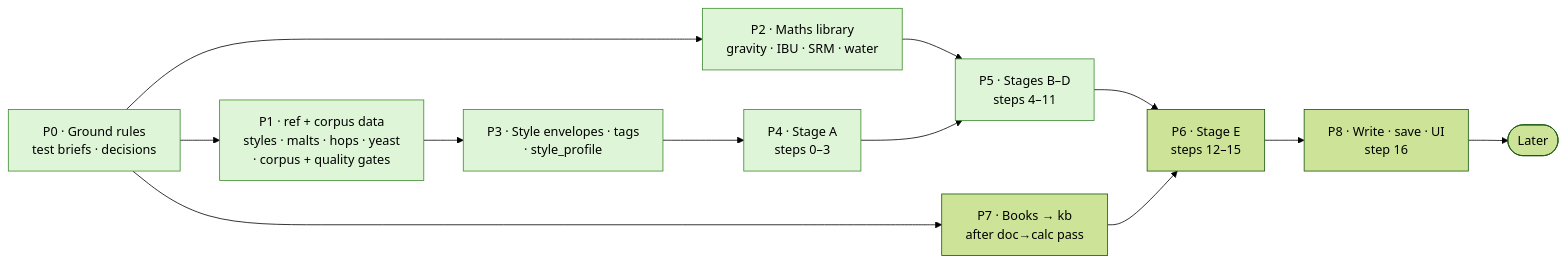
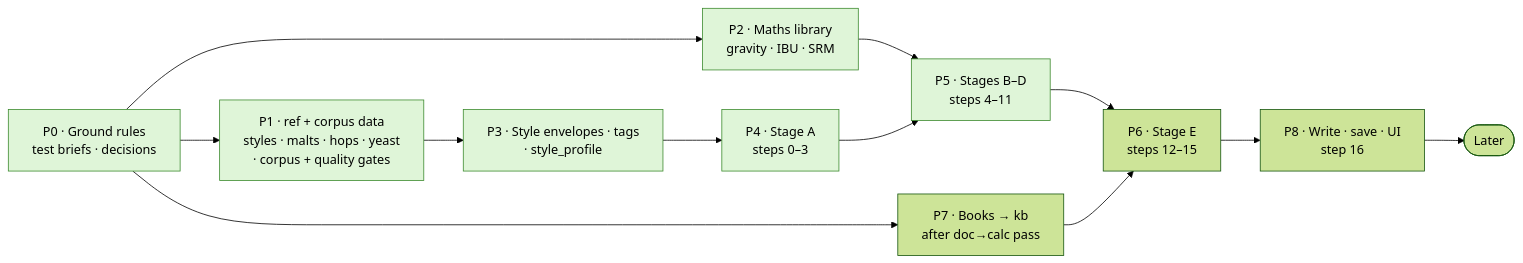
Before and after one commit to badacsonyigorenyember/homebrew_ai: the fourth of 4 diagrams in docs/RECIPE-ROADMAP.md, drawn with Mermaid (forest theme). The commit also changed other lines of this file and 2 other files, not shown here.

Commit message:
Add brief: s1-maths

````diff
--- a/docs/RECIPE-ROADMAP.md
+++ b/docs/RECIPE-ROADMAP.md
@@ -270,15 +270,15 @@
 ```mermaid
 flowchart LR
     P0["P0 · Ground rules<br/>test briefs · decisions"] --> P1 & P2 & P7
     P1["P1 · ref + corpus data<br/>styles · malts · hops · yeast<br/>· corpus + quality gates"] --> P3
-    P2["P2 · Maths library<br/>gravity · IBU · SRM · water"] --> P5
+    P2["P2 · Maths library<br/>gravity · IBU · SRM"] --> P5
     P3["P3 · Style envelopes · tags<br/>· style_profile"] --> P4
     P4["P4 · Stage A<br/>steps 0–3"] --> P5
     P5["P5 · Stages B–D<br/>steps 4–11"] --> P6
     P7["P7 · Books → kb<br/>after doc→calc pass"] --> P6
     P6["P6 · Stage E<br/>steps 12–15"] --> P8
     P8["P8 · Write · save · UI<br/>step 16"] --> L([Later])
 
     classDef mvp fill:#dff5d8,stroke:#3c8a2e,color:#000
     class P0,P1,P2,P3,P4,P5 mvp
 ```
````
